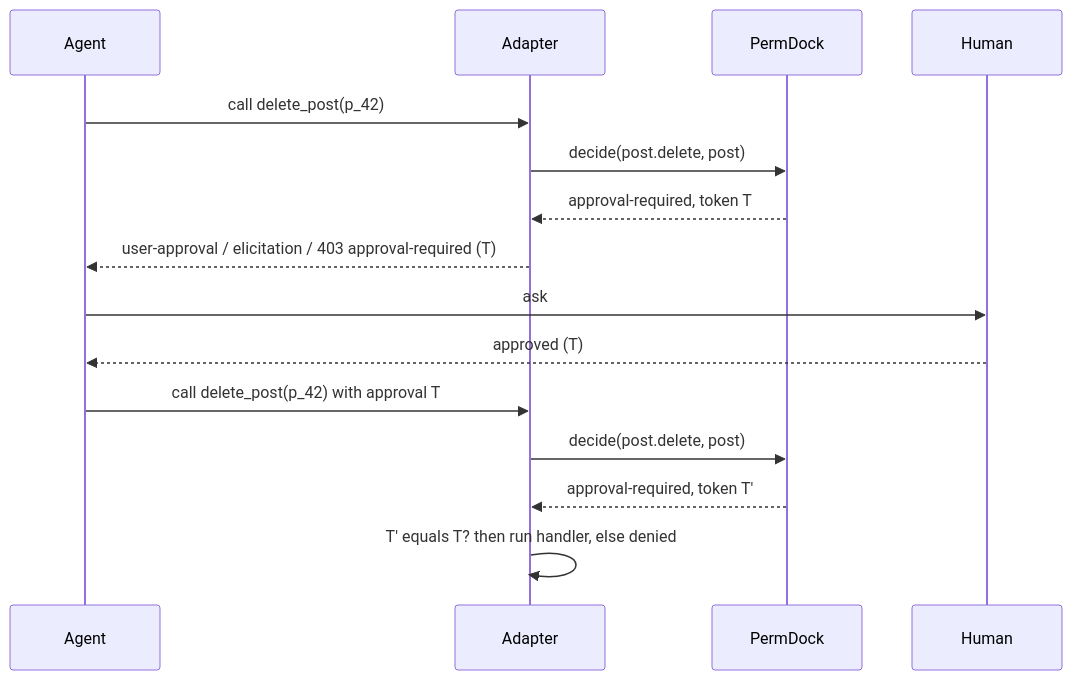
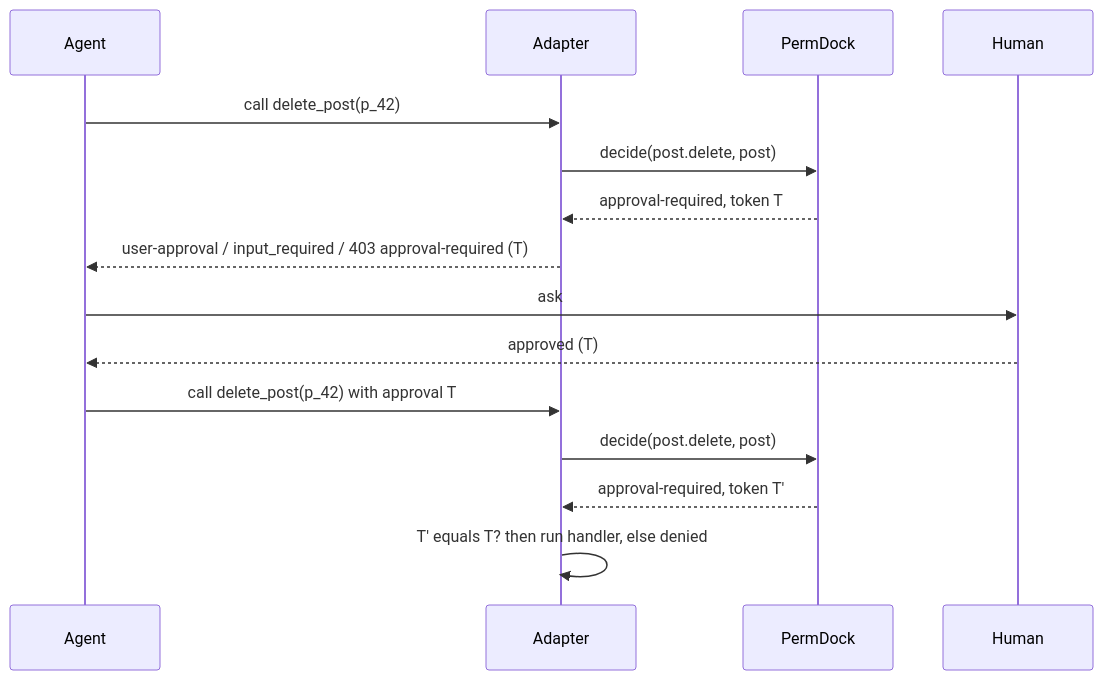
The diagram in apps/docs/content/docs/security/approvals.mdx (ScaleDockHQ/permdock), drawn with Mermaid before and after one commit. The commit also changed other lines of this file and 36 other files, not shown here.

````diff
--- a/apps/docs/content/docs/security/approvals.mdx
+++ b/apps/docs/content/docs/security/approvals.mdx
@@ -94,17 +94,17 @@
 ```mermaid
 sequenceDiagram
   participant Agent
   participant Adapter
   participant PermDock
   participant Human
   Agent->>Adapter: call delete_post(p_42)
   Adapter->>PermDock: decide(post.delete, post)
   PermDock-->>Adapter: approval-required, token T
-  Adapter-->>Agent: user-approval / elicitation / 403 approval-required (T)
+  Adapter-->>Agent: user-approval / input_required / 403 approval-required (T)
   Agent->>Human: ask
   Human-->>Agent: approved (T)
   Agent->>Adapter: call delete_post(p_42) with approval T
   Adapter->>PermDock: decide(post.delete, post)
   PermDock-->>Adapter: approval-required, token T'
   Adapter->>Adapter: T' equals T? then run handler, else denied
 ```
````
